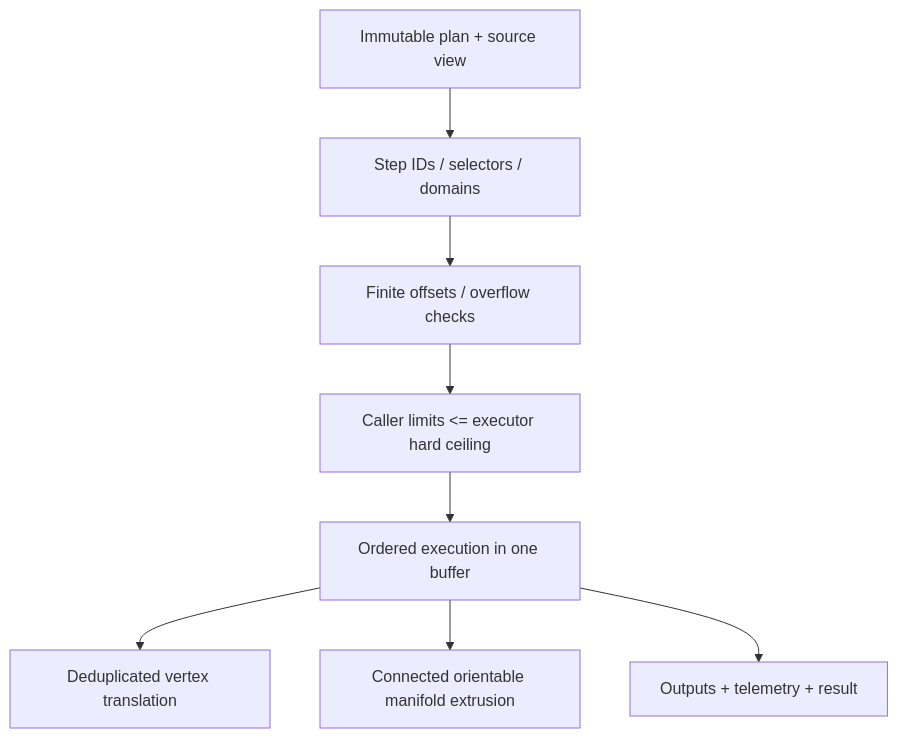
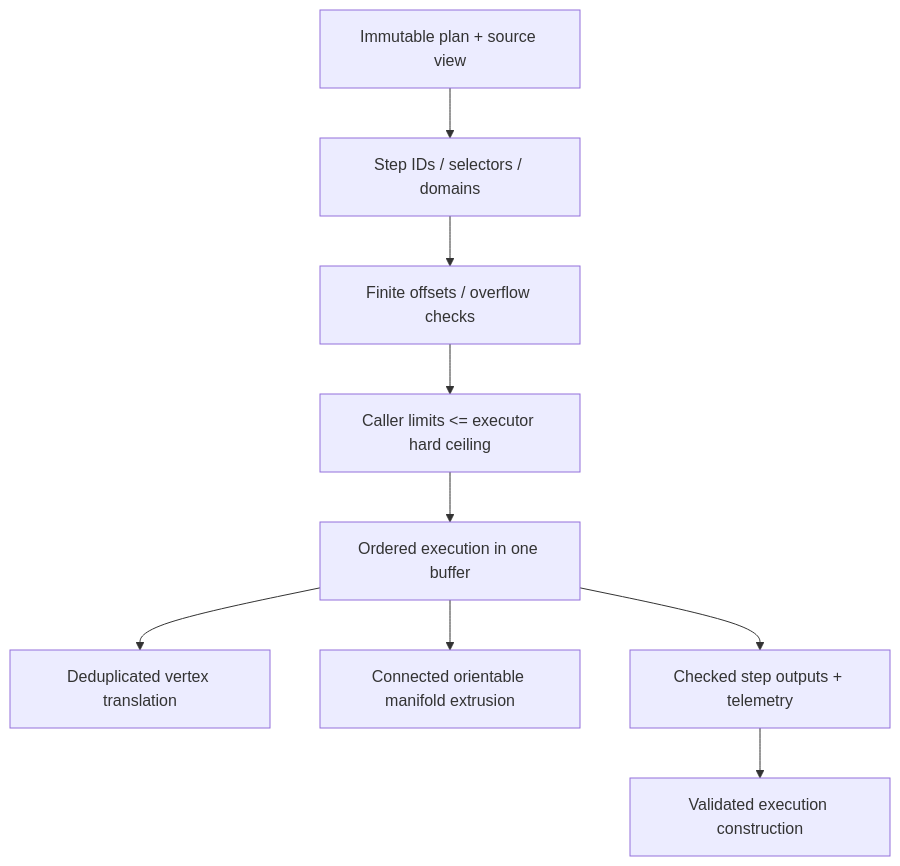
The second of 3 diagrams in RupaKit/Sources/RupaGeometry/DESIGN.md (1amageek/Rupa), drawn with Mermaid before and after one commit. The commit also changed other lines of this file and 12 other files, not shown here.

````diff
--- a/RupaKit/Sources/RupaGeometry/DESIGN.md
+++ b/RupaKit/Sources/RupaGeometry/DESIGN.md
@@ -87,10 +89,11 @@
 ```mermaid
 flowchart TD
     Request["Immutable plan + source view"] --> Structural["Step IDs / selectors / domains"]
     Structural --> Numeric["Finite offsets / overflow checks"]
     Numeric --> Limits["Caller limits <= executor hard ceiling"]
     Limits --> Execute["Ordered execution in one buffer"]
     Execute --> Translate["Deduplicated vertex translation"]
     Execute --> Extrude["Connected orientable manifold extrusion"]
-    Execute --> Receipt["Outputs + telemetry + result"]
+    Execute --> Receipt["Checked step outputs + telemetry"]
+    Receipt --> Commit["Validated execution construction"]
 ```
````
